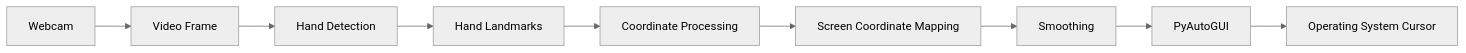
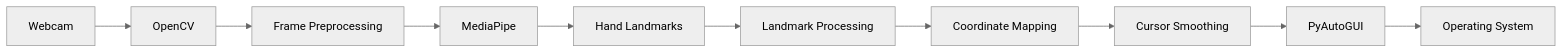
The first of 3 diagrams in README.md (dhruvlad1/GestureFlow), drawn with Mermaid (neutral theme) before and after one commit. The commit also changed other lines of this file, not shown here.

````diff
--- a/README.md
+++ b/README.md
@@ -61,11 +54,12 @@
 ```mermaid
 flowchart LR
-    A[Webcam] --> B[Video Frame]
-    B --> C[Hand Detection]
-    C --> D[Hand Landmarks]
-    D --> E[Coordinate Processing]
-    E --> F[Screen Coordinate Mapping]
-    F --> G[Smoothing]
-    G --> H[PyAutoGUI]
-    H --> I[Operating System Cursor]
+    A[Webcam] --> B[OpenCV]
+    B --> C[Frame Preprocessing]
+    C --> D[MediaPipe]
+    D --> E[Hand Landmarks]
+    E --> F[Landmark Processing]
+    F --> G[Coordinate Mapping]
+    G --> H[Cursor Smoothing]
+    H --> I[PyAutoGUI]
+    I --> J[Operating System]
 ```
````
